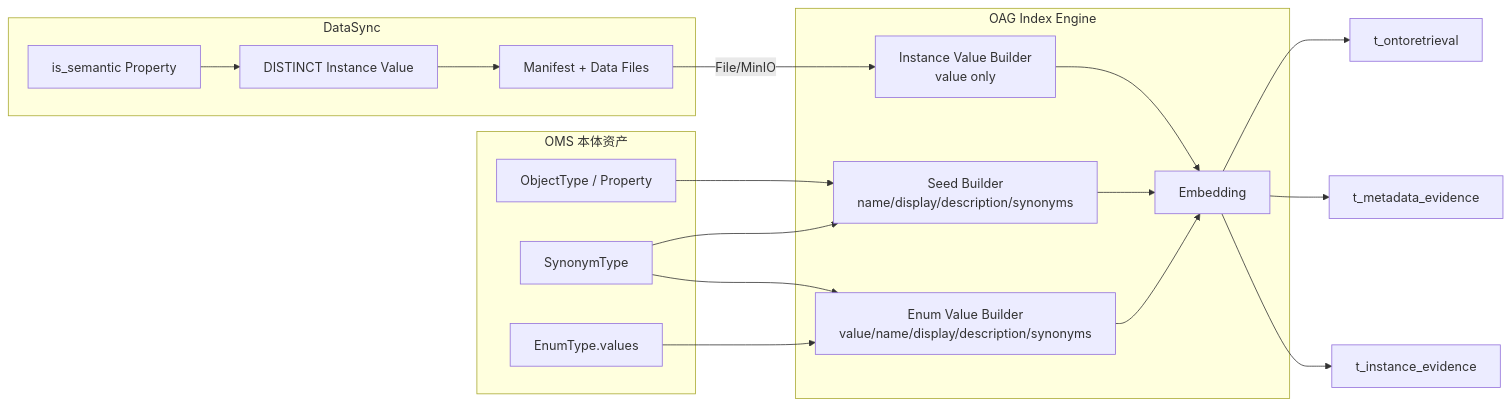
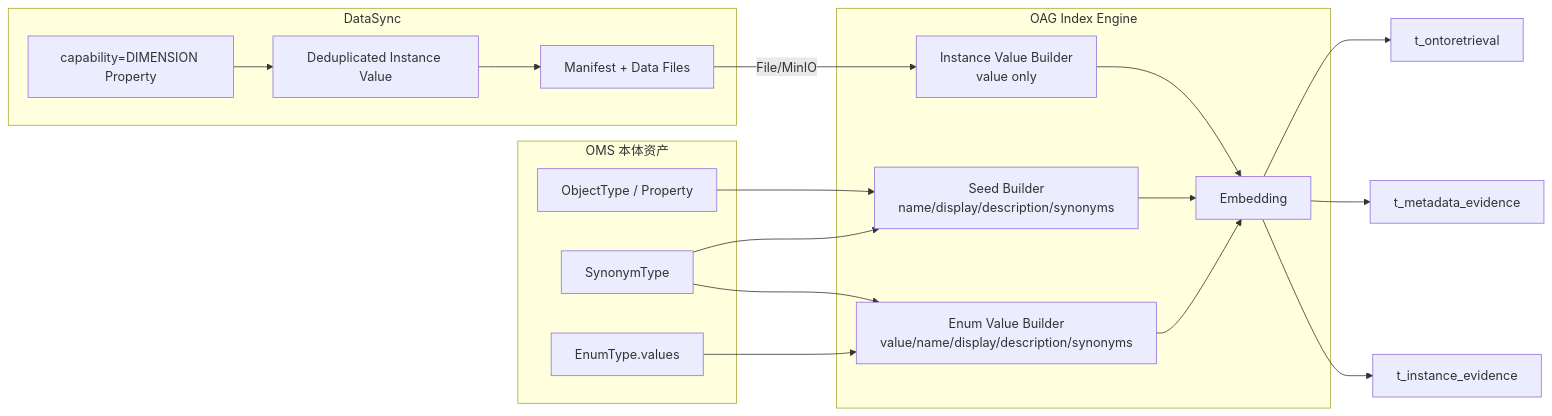
Before and after one commit to cfwl100/onology_dsl: the second of 6 diagrams in docs/OAG本体锚点语义检索与向量索引设计方案.md, drawn with Mermaid. The commit also changed other lines of this file, not shown here.

````diff
--- a/docs/OAG本体锚点语义检索与向量索引设计方案.md
+++ b/docs/OAG本体锚点语义检索与向量索引设计方案.md
@@ -1193,38 +1151,38 @@
 ```mermaid
 flowchart LR
     subgraph OMS[OMS 本体资产]
       OT[ObjectType / Property]
       ST[SynonymType]
       EN[EnumType.values]
     end
 
     subgraph DS[DataSync]
-      SC[is_semantic Property]
-      DV[DISTINCT Instance Value]
+      SC[capability=DIMENSION Property]
+      DV[Deduplicated Instance Value]
       PKG[Manifest + Data Files]
     end
 
     subgraph OAG[OAG Index Engine]
       SB[Seed Builder<br/>name/display/description/synonyms]
       MB[Enum Value Builder<br/>value/name/display/description/synonyms]
       IB[Instance Value Builder<br/>value only]
       EMB[Embedding]
     end
 
     OT --> SB
     ST --> SB
     EN --> MB
     ST --> MB
 
     SC --> DV
     DV --> PKG
     PKG -->|File/MinIO| IB
 
     SB --> EMB
     MB --> EMB
     IB --> EMB
 
     EMB --> GV1[t_ontoretrieval]
     EMB --> GV2[t_metadata_evidence]
     EMB --> GV3[t_instance_evidence]
 ```
````
